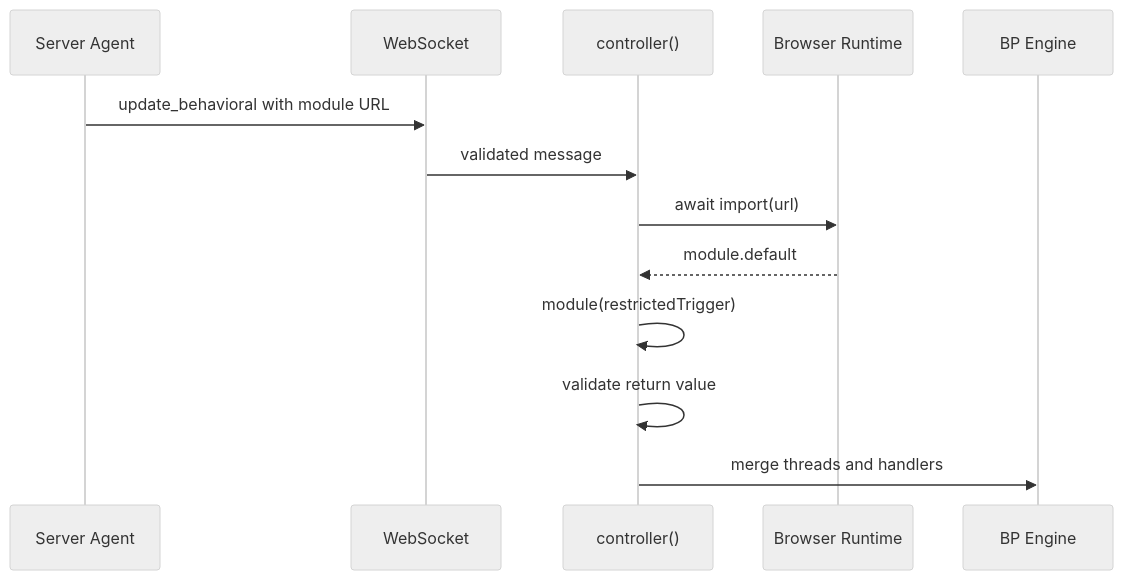
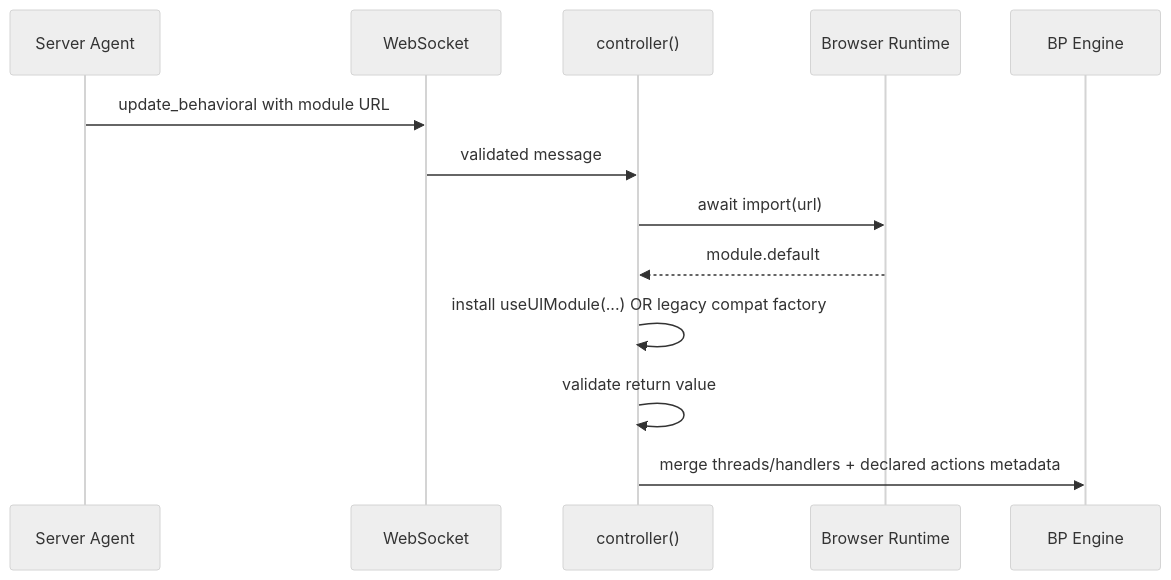
Before and after one commit to plaited/plaited: the diagram in skills/plaited-ui/references/update-behavioral.md, drawn with Mermaid (neutral theme). The commit also changed other lines of this file and 203 other files, not shown here.

````diff
--- a/skills/plaited-ui/references/update-behavioral.md
+++ b/skills/plaited-ui/references/update-behavioral.md
@@ -14,16 +14,16 @@
 ```mermaid
 sequenceDiagram
     participant Agent as Server Agent
     participant WS as WebSocket
     participant Controller as controller()
     participant Browser as Browser Runtime
     participant BP as BP Engine
 
     Agent->>WS: update_behavioral with module URL
     WS->>Controller: validated message
     Controller->>Browser: await import(url)
     Browser-->>Controller: module.default
-    Controller->>Controller: module(restrictedTrigger)
+    Controller->>Controller: install useUIModule(...) OR legacy compat factory
     Controller->>Controller: validate return value
-    Controller->>BP: merge threads and handlers
+    Controller->>BP: merge threads/handlers + declared actions metadata
 ```
````
